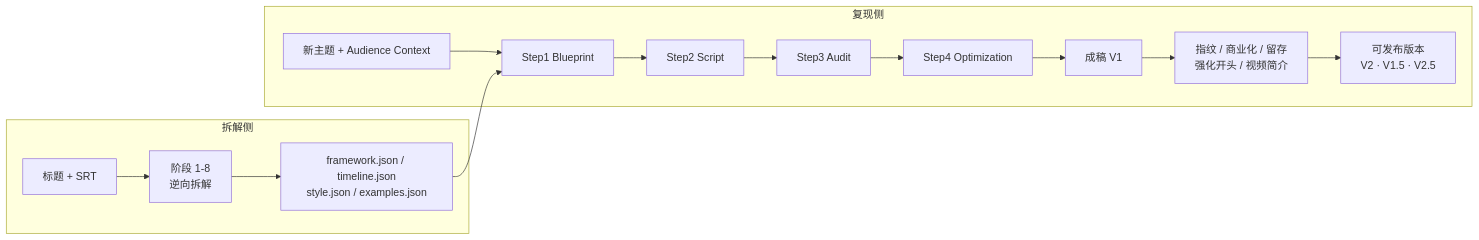
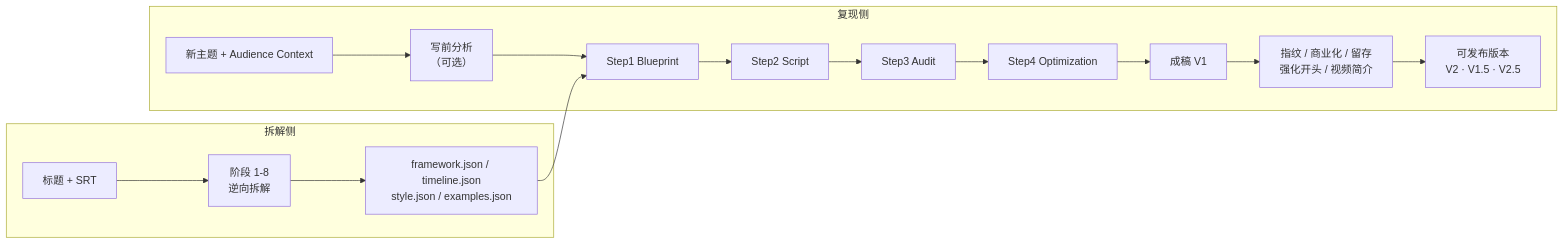
Before and after one commit to AJIANGlove/YouTube-Viral-Script-Replicator: the diagram in README.md, drawn with Mermaid. The commit also changed other lines of this file and 384 other files, not shown here.

````diff
--- a/README.md
+++ b/README.md
@@ -13,17 +13,18 @@
 ```mermaid
 flowchart LR
   subgraph 拆解侧
     A["标题 + SRT"] --> B["阶段 1-8<br/>逆向拆解"]
     B --> C["framework.json / timeline.json<br/>style.json / examples.json"]
   end
   subgraph 复现侧
-    N["新主题 + Audience Context"] --> D["Step1 Blueprint"]
+    N["新主题 + Audience Context"] --> N2["写前分析<br/>（可选）"]
+    N2 --> D["Step1 Blueprint"]
     C --> D
     D --> E["Step2 Script"]
     E --> F["Step3 Audit"]
     F --> G["Step4 Optimization"]
     G --> H["成稿 V1"]
     H --> I["指纹 / 商业化 / 留存<br/>强化开头 / 视频简介"]
     I --> J["可发布版本<br/>V2 · V1.5 · V2.5"]
   end
 ```
````
